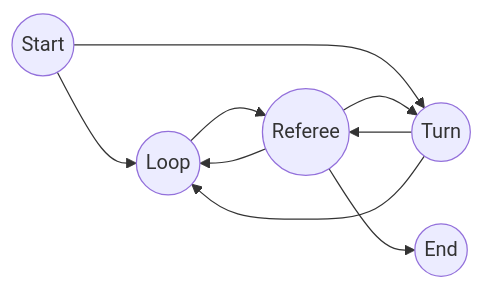
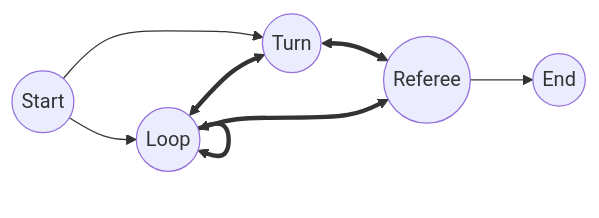
One commit to Andresit1524/bcc_docs changed the diagram in docs/arquitectura/battle_sfm.md. Above: the diagram before and after it, drawn with Mermaid.

Commit message:
Nuevo grafo de la SFM de batalla

````diff
--- a/docs/arquitectura/battle_sfm.md
+++ b/docs/arquitectura/battle_sfm.md
@@ -26,19 +26,10 @@
 ```mermaid
-graph LR
-    S((Start))
-    L((Loop))
-    T((Turn))
-    R((Referee))
-    E((End))
+graph LR 
+    S((Start)); L((Loop)); T((Turn)); R((Referee)); E((End));
 
-    S --> L
-    S --> T
-
-    L --> R
-    T --> R
-    T --> L
-
-    R --> L
-    R --> T
+    S --> T & L
+    L <==> T
+    L ==> L 
+    T & L <==> R
     R --> E
 ```
````
